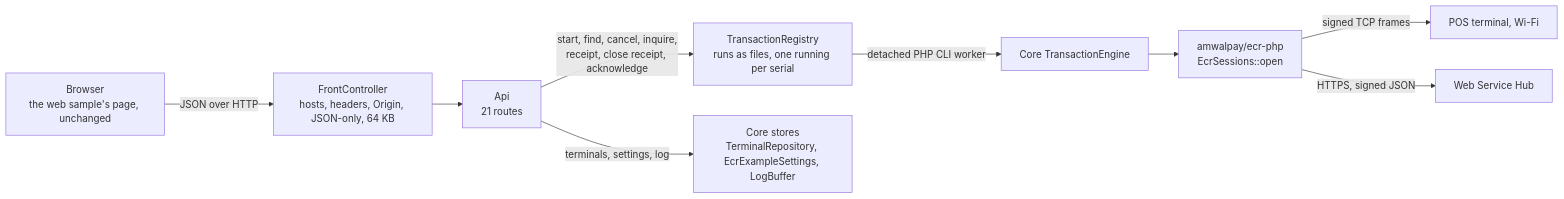
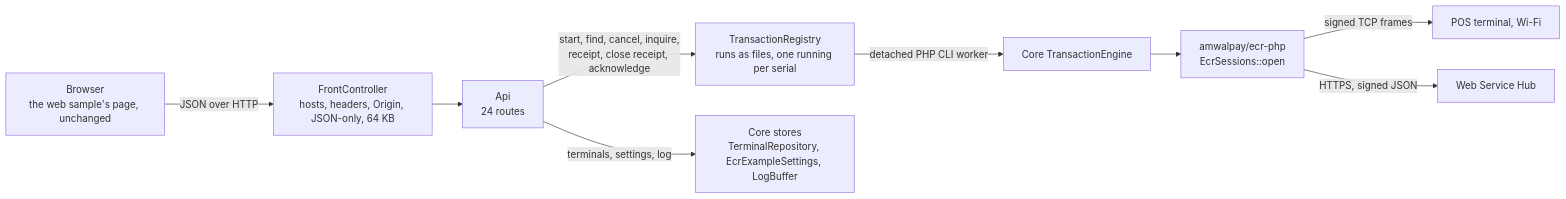
One commit to amwal-pay/AmwalpayEcrPhp changed the diagram in examples/docs/implementation.md. Above: the diagram before and after it, drawn with Mermaid. The commit also changed other lines of this file and 51 other files, not shown here.

````diff
--- a/examples/docs/implementation.md
+++ b/examples/docs/implementation.md
@@ -11,11 +11,11 @@
 ```mermaid
 flowchart LR
   B["Browser<br/>the web sample's page, unchanged"] -->|"JSON over HTTP"| F["FrontController<br/>hosts, headers, Origin, JSON-only, 64 KB"]
-  F --> A["Api<br/>21 routes"]
+  F --> A["Api<br/>24 routes"]
   A -->|"start, find, cancel, inquire,<br/>receipt, close receipt, acknowledge"| R["TransactionRegistry<br/>runs as files, one running per serial"]
   A -->|"terminals, settings, log"| C["Core stores<br/>TerminalRepository, EcrExampleSettings, LogBuffer"]
   R -->|"detached PHP CLI worker"| E["Core TransactionEngine"]
   E --> S["amwalpay/ecr-php<br/>EcrSessions::open"]
   S -->|"signed TCP frames"| T["POS terminal, Wi-Fi"]
   S -->|"HTTPS, signed JSON"| H["Web Service Hub"]
 ```
````
